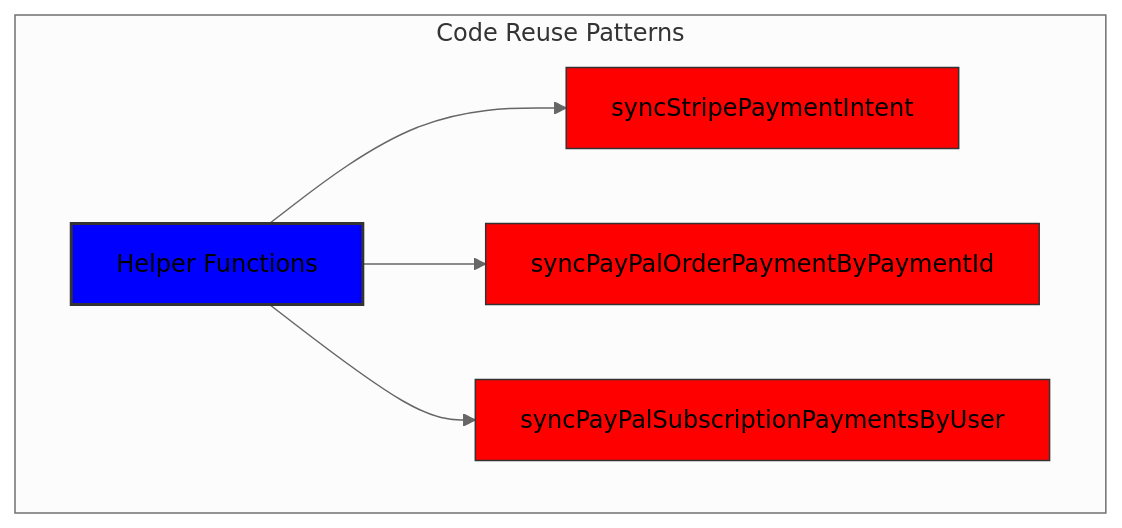
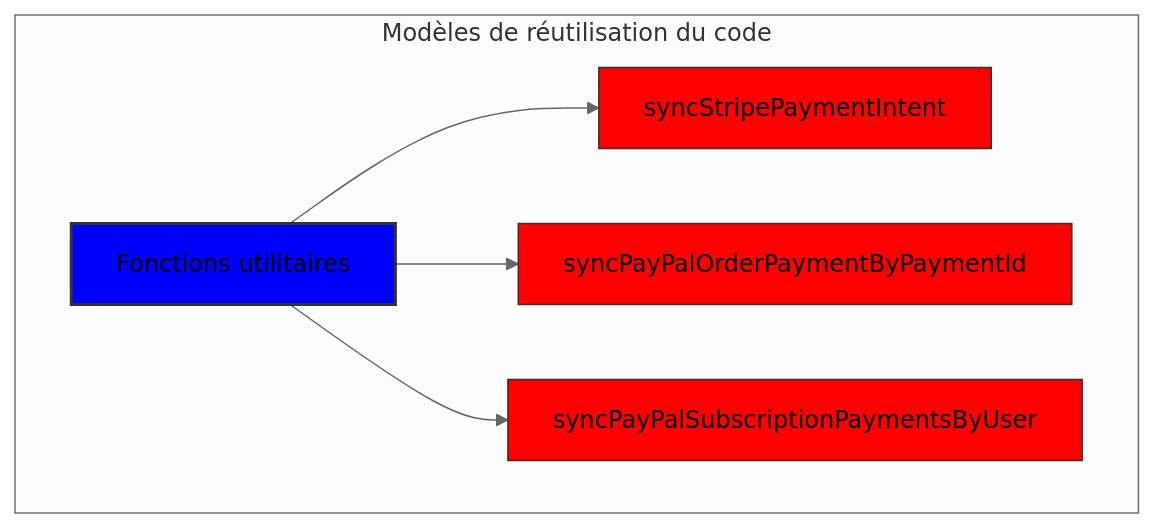
The third of 7 diagrams in app/views/docs/building-reliable-payment-system-stripe-paypal/index-fr.md (forwardemail/forwardemail.net), drawn with Mermaid (neutral theme) before and after one commit. The commit also changed other lines of this file and 1055 other files, not shown here.

````diff
--- a/app/views/docs/building-reliable-payment-system-stripe-paypal/index-fr.md
+++ b/app/views/docs/building-reliable-payment-system-stripe-paypal/index-fr.md
@@ -596,14 +600,14 @@
 ```mermaid
 graph TD
-    subgraph "Code Reuse Patterns"
-        A[Helper Functions] --> B[syncStripePaymentIntent]
+    subgraph "Modèles de réutilisation du code"
+        A[Fonctions utilitaires] --> B[syncStripePaymentIntent]
         A --> C[syncPayPalOrderPaymentByPaymentId]
         A --> D[syncPayPalSubscriptionPaymentsByUser]
     end
 
     classDef primary fill:blue,stroke:#333,stroke-width:2px;
     classDef secondary fill:red,stroke:#333,stroke-width:1px;
 
     class A,P,V primary;
     class B,C,D,E,I,L,Q,R,S,W,X,Y,Z secondary;
 ```
````
